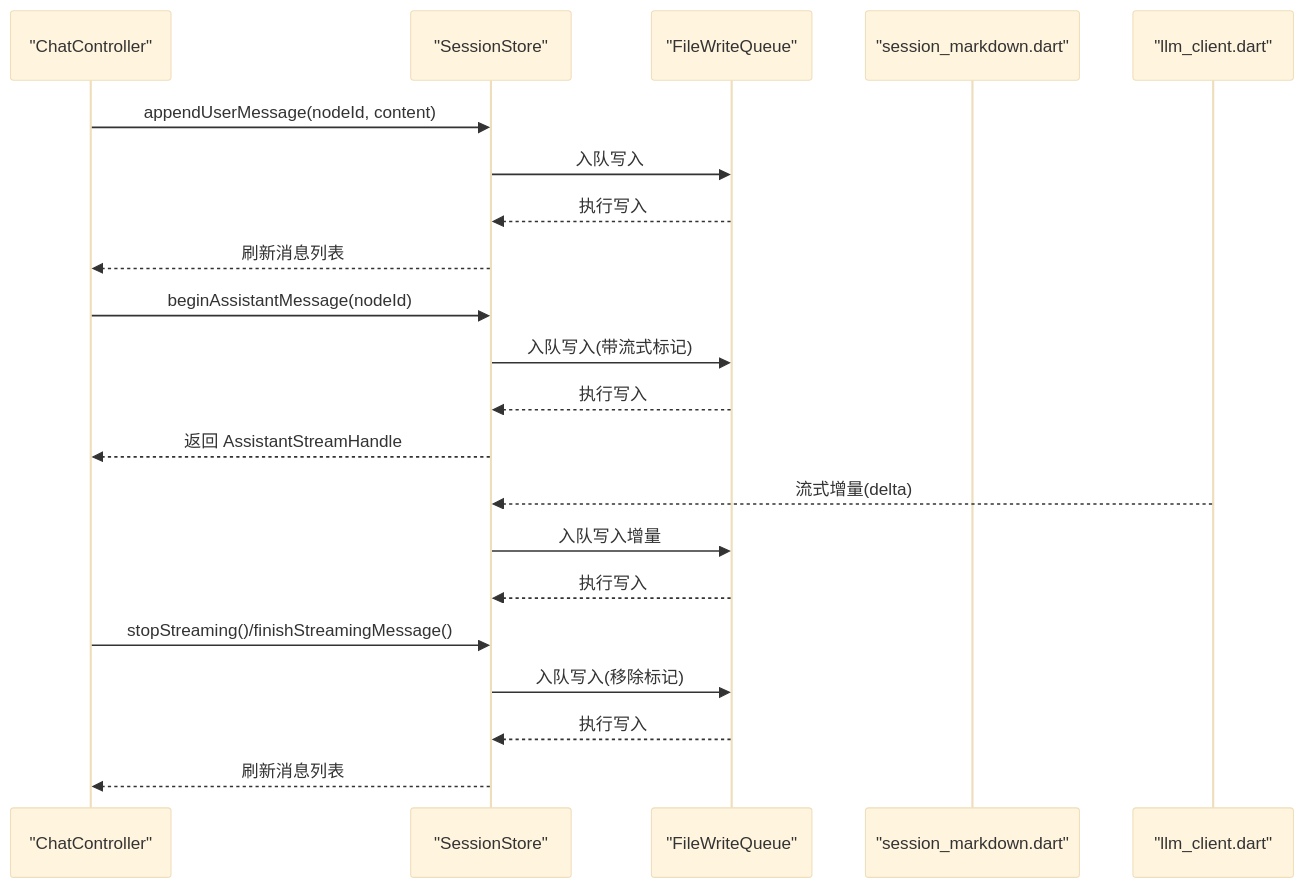
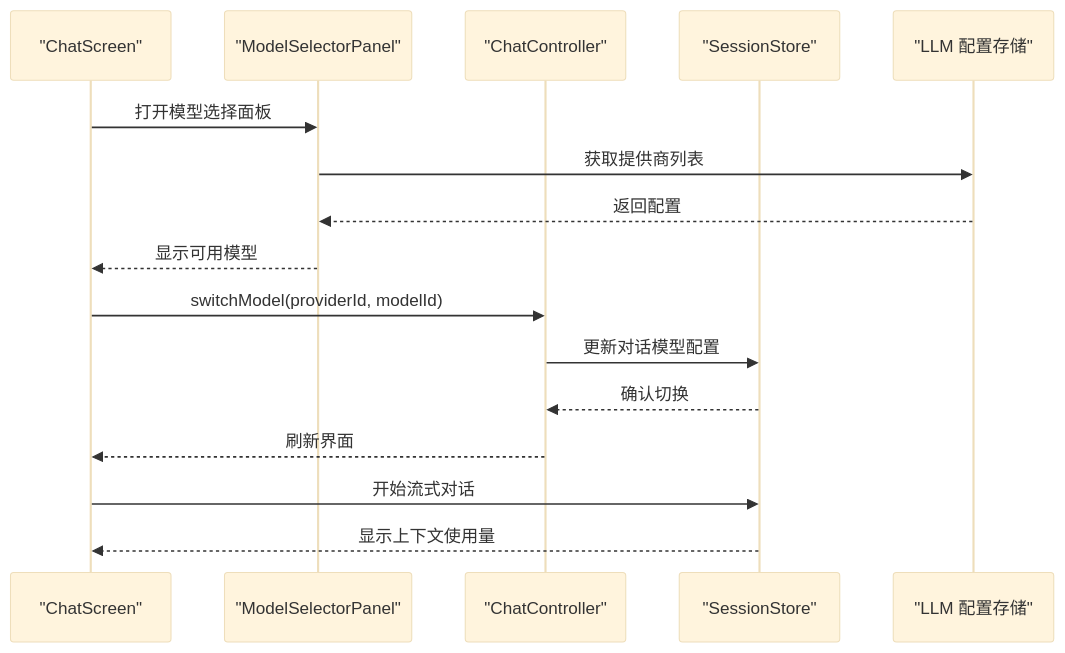
The fourth of 9 diagrams in .qoder/repowiki/zh/content/核心功能模块/核心功能模块.md (Ykworm/thktree), drawn with Mermaid (base theme) before and after one commit. The commit also changed other lines of this file and 45 other files, not shown here.

````diff
--- a/.qoder/repowiki/zh/content/核心功能模块/核心功能模块.md
+++ b/.qoder/repowiki/zh/content/核心功能模块/核心功能模块.md
@@ -238,23 +294,18 @@
 ```mermaid
 sequenceDiagram
-participant UI as "ChatController"
+participant UI as "ChatScreen"
+participant ModelPanel as "ModelSelectorPanel"
+participant ChatCtrl as "ChatController"
 participant Sess as "SessionStore"
-participant Queue as "FileWriteQueue"
-participant MD as "session_markdown.dart"
-participant LLM as "llm_client.dart"
-UI->>Sess : appendUserMessage(nodeId, content)
-Sess->>Queue : 入队写入
-Queue-->>Sess : 执行写入
-Sess-->>UI : 刷新消息列表
-UI->>Sess : beginAssistantMessage(nodeId)
-Sess->>Queue : 入队写入(带流式标记)
-Queue-->>Sess : 执行写入
-Sess-->>UI : 返回 AssistantStreamHandle
-LLM-->>Sess : 流式增量(delta)
-Sess->>Queue : 入队写入增量
-Queue-->>Sess : 执行写入
-UI->>Sess : stopStreaming()/finishStreamingMessage()
-Sess->>Queue : 入队写入(移除标记)
-Queue-->>Sess : 执行写入
-Sess-->>UI : 刷新消息列表
+participant LLMConfig as "LLM 配置存储"
+UI->>ModelPanel : 打开模型选择面板
+ModelPanel->>LLMConfig : 获取提供商列表
+LLMConfig-->>ModelPanel : 返回配置
+ModelPanel-->>UI : 显示可用模型
+UI->>ChatCtrl : switchModel(providerId, modelId)
+ChatCtrl->>Sess : 更新对话模型配置
+Sess-->>ChatCtrl : 确认切换
+ChatCtrl-->>UI : 刷新界面
+UI->>Sess : 开始流式对话
+Sess-->>UI : 显示上下文使用量
 ```
````
